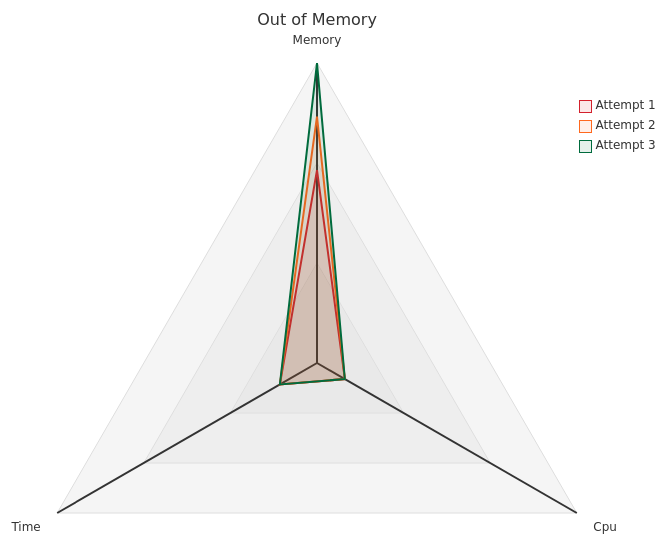
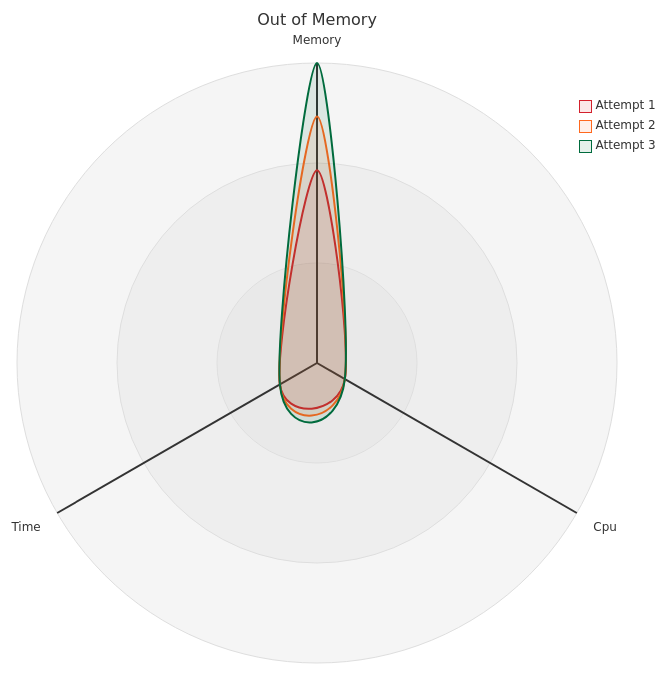
The first of 3 diagrams in docs/iris.md (nf-core/configs), drawn with Mermaid before and after one commit.

Commit message:
Made charts more consistent

````diff
--- a/docs/iris.md
+++ b/docs/iris.md
@@ -172,20 +172,19 @@
 ```mermaid
 ---
 config:
     themeVariables:
         cScale0: "#D3212C"
         cScale1: "#FF681E"
         cScale2: "#006B3D"
         radar:
             curveOpacity: .10
             curveStrokeWidth: 2
 ---
 radar-beta
   title Out of Memory
   axis m["Memory"], s["Cpu"], e["Time"]
   curve a["Attempt 1"]{36,6, 8}
   curve b["Attempt 2"]{46,6, 8}
   curve c["Attempt 3"]{56,6, 8}
-  graticule polygon
   ticks 3
 ```
````
